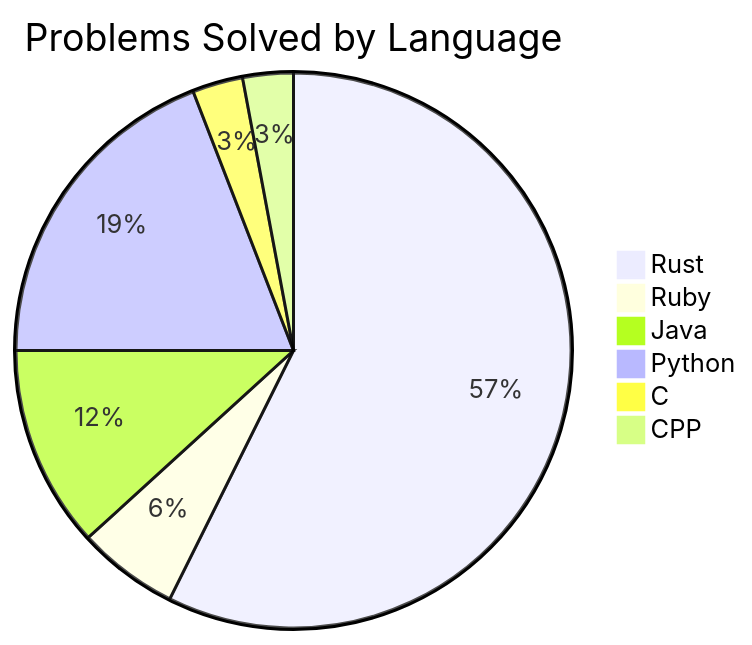
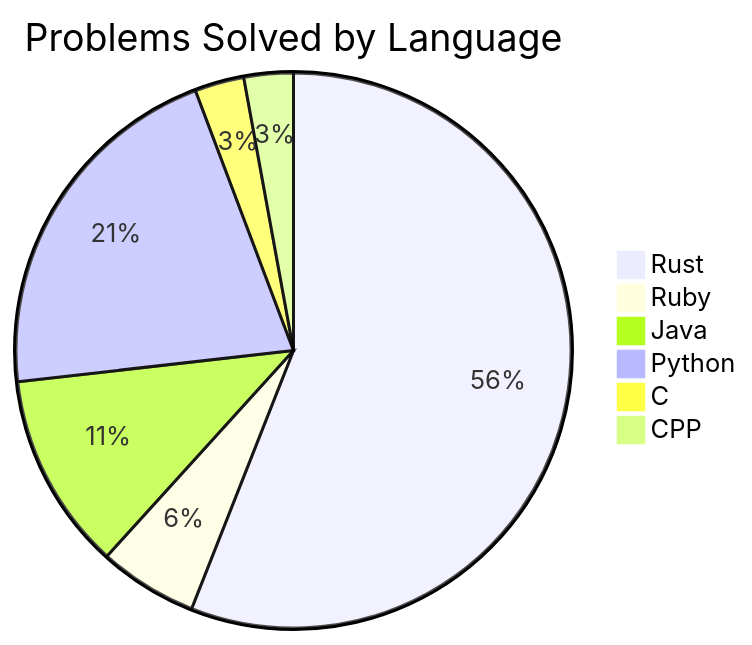
Before and after one commit to Liam-Wirth/leetcode-solutions: the diagram in README.md, drawn with Mermaid. The commit also changed other lines of this file and 10 other files, not shown here.

````diff
--- a/README.md
+++ b/README.md
@@ -28,9 +28,9 @@
 ```mermaid
 pie title Problems Solved by Language
     "Rust": 117
     "Ruby": 12
     "Java": 24
-    "Python": 39
+    "Python": 44
     "C": 6
     "CPP": 6
 ```
````
